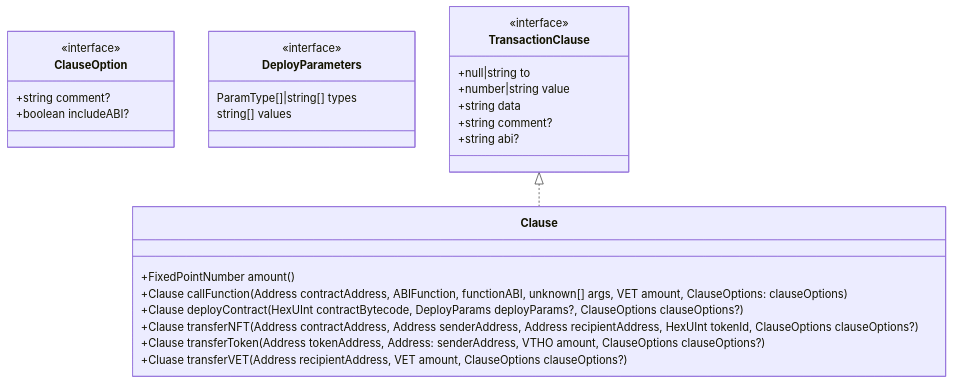
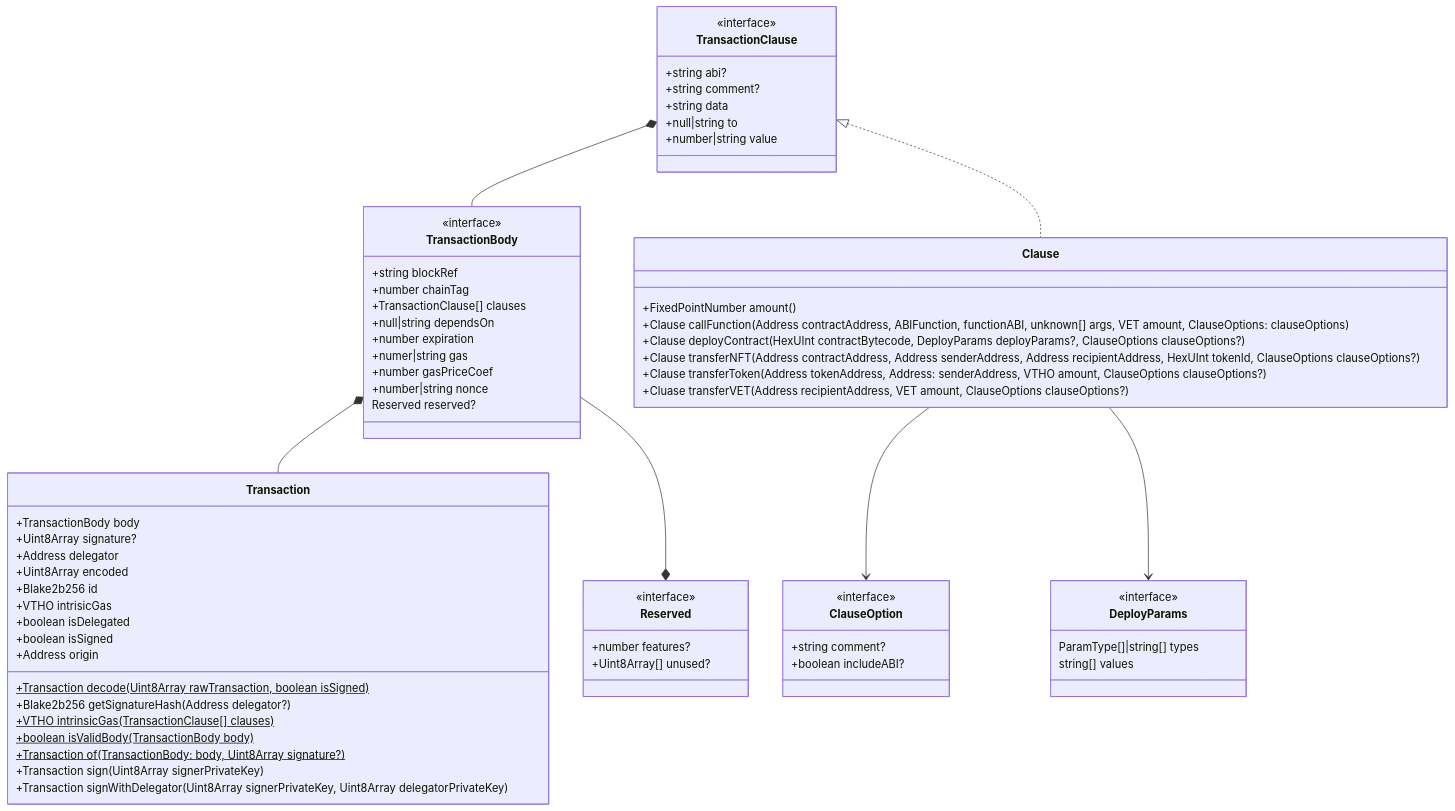
The diagram in docs/diagrams/architecture/transaction.md (vechain/vechain-sdk-js), drawn with Mermaid before and after one commit. The commit also changed 69 other files, not shown here.

````diff
--- a/docs/diagrams/architecture/transaction.md
+++ b/docs/diagrams/architecture/transaction.md
@@ -1,30 +1,70 @@
 ```mermaid
 classDiagram
     class Clause {
         +FixedPointNumber amount()
         +Clause callFunction(Address contractAddress, ABIFunction, functionABI, unknown[] args, VET amount, ClauseOptions: clauseOptions)
         +Clause deployContract(HexUInt contractBytecode, DeployParams deployParams?, ClauseOptions clauseOptions?)
         +Clause transferNFT(Address contractAddress, Address senderAddress, Address recipientAddress, HexUInt tokenId, ClauseOptions clauseOptions?)
         +Clause transferToken(Address tokenAddress, Address: senderAddress, VTHO amount, ClauseOptions clauseOptions?)
         +Cluase transferVET(Address recipientAddress, VET amount, ClauseOptions clauseOptions?)
     }
     class ClauseOption{
         <<interface>>
         +string comment?
         +boolean includeABI?
     }
-    class DeployParameters {
+    class DeployParams {
         <<interface>>
         ParamType[]|string[] types
         string[] values
     }
+    class Reserved {
+        <<interface>>
+        +number features?
+        +Uint8Array[] unused?
+    }
+    class Transaction {
+        +TransactionBody body
+        +Uint8Array signature?
+        +Address delegator
+        +Uint8Array encoded
+        +Blake2b256 id
+        +VTHO intrisicGas
+        +boolean isDelegated
+        +boolean isSigned
+        +Address origin
+        +Transaction decode(Uint8Array rawTransaction, boolean isSigned)$
+        +Blake2b256 getSignatureHash(Address delegator?)
+        +VTHO intrinsicGas(TransactionClause[] clauses)$
+        +boolean isValidBody(TransactionBody body)$
+        +Transaction of(TransactionBody: body, Uint8Array signature?)$
+        +Transaction sign(Uint8Array signerPrivateKey)
+        +Transaction signWithDelegator(Uint8Array signerPrivateKey, Uint8Array delegatorPrivateKey)
+    }
+    class TransactionBody {
+        <<interface>>
+        +string blockRef
+        +number chainTag
+        +TransactionClause[] clauses
+        +null|string dependsOn
+        +number expiration
+        +numer|string gas
+        +number gasPriceCoef
+        +number|string nonce
+        Reserved reserved?
+    }
     class TransactionClause {
         <<interface>>
+        +string abi?
+        +string comment?
+        +string data
         +null|string to
         +number|string value
-        +string data
-        +string comment?
-        +string abi?
     }
+    Clause --> ClauseOption
+    Clause --> DeployParams
+    TransactionBody *-- Transaction
+    TransactionBody --* Reserved
+    TransactionClause *-- TransactionBody
     TransactionClause <|.. Clause
 ```
````
